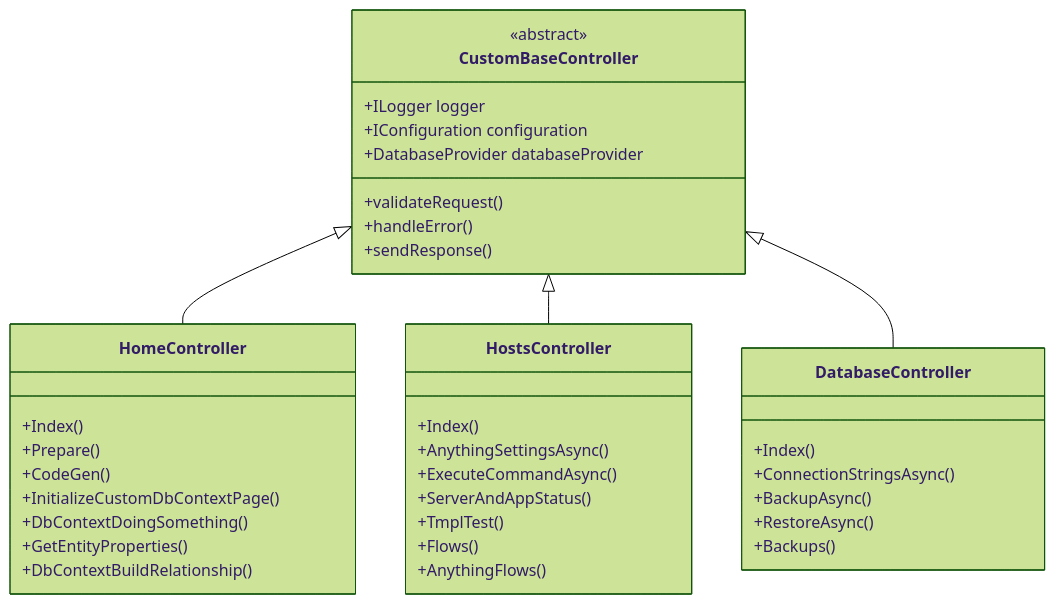
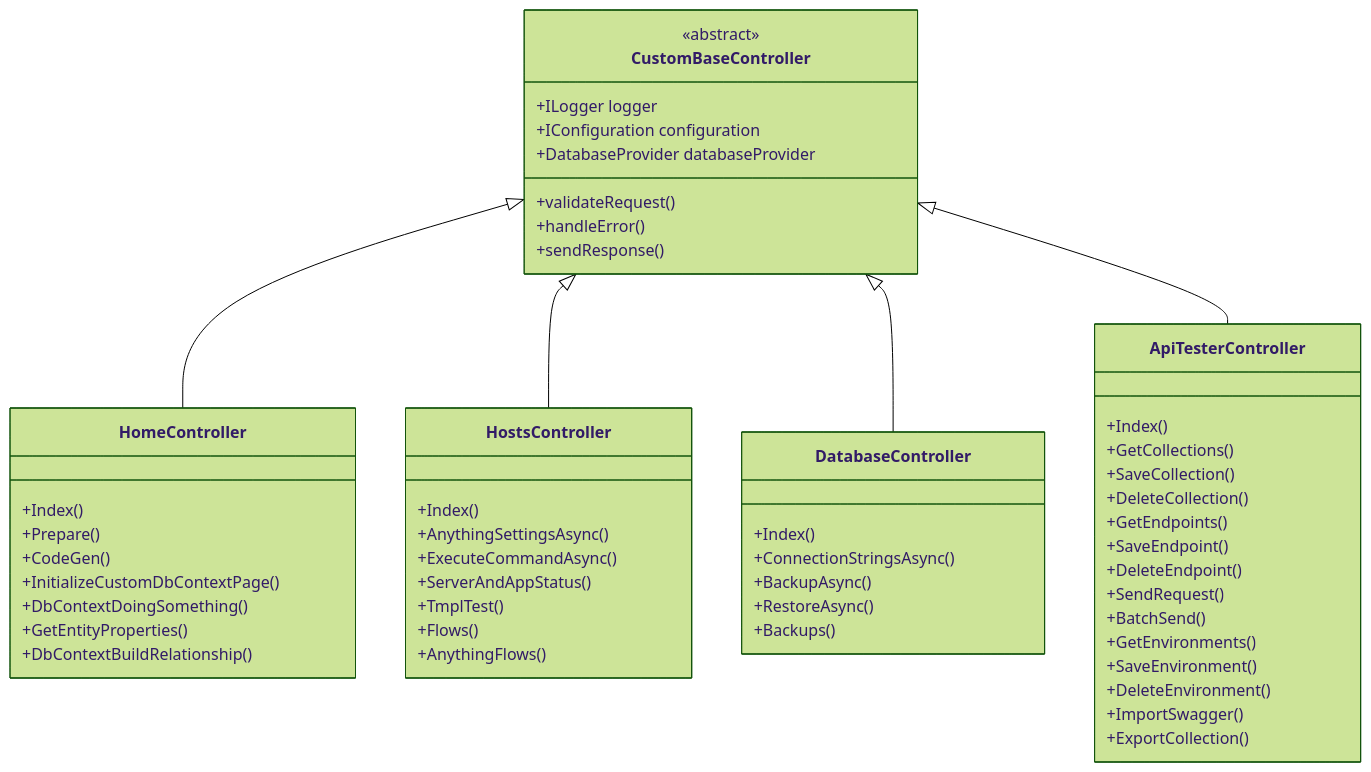
One commit to Sosososolong/AirGo changed diagram 14 of 17 in .qoder/repowiki/zh/content/核心架构设计/布局导航系统更新.md. Above: the diagram before and after it, drawn with Mermaid (forest theme). The commit also changed other lines of this file and 14 other files, not shown here.

````diff
--- a/.qoder/repowiki/zh/content/核心架构设计/布局导航系统更新.md
+++ b/.qoder/repowiki/zh/content/核心架构设计/布局导航系统更新.md
@@ -408,40 +474,57 @@
 ```mermaid
 classDiagram
 class CustomBaseController {
 <<abstract>>
 +ILogger logger
 +IConfiguration configuration
 +DatabaseProvider databaseProvider
 +validateRequest()
 +handleError()
 +sendResponse()
 }
 class HomeController {
 +Index()
 +Prepare()
 +CodeGen()
 +InitializeCustomDbContextPage()
 +DbContextDoingSomething()
 +GetEntityProperties()
 +DbContextBuildRelationship()
 }
 class HostsController {
 +Index()
 +AnythingSettingsAsync()
 +ExecuteCommandAsync()
 +ServerAndAppStatus()
 +TmplTest()
 +Flows()
 +AnythingFlows()
 }
 class DatabaseController {
 +Index()
 +ConnectionStringsAsync()
 +BackupAsync()
 +RestoreAsync()
 +Backups()
 }
+class ApiTesterController {
++Index()
++GetCollections()
++SaveCollection()
++DeleteCollection()
++GetEndpoints()
++SaveEndpoint()
++DeleteEndpoint()
++SendRequest()
++BatchSend()
++GetEnvironments()
++SaveEnvironment()
++DeleteEnvironment()
++ImportSwagger()
++ExportCollection()
+}
 CustomBaseController <|-- HomeController
 CustomBaseController <|-- HostsController
 CustomBaseController <|-- DatabaseController
+CustomBaseController <|-- ApiTesterController
 ```
````
